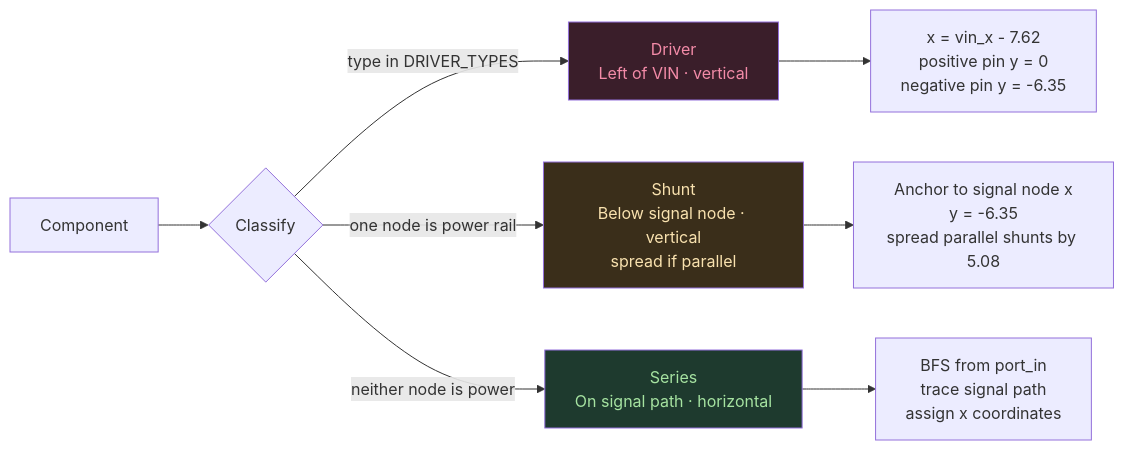
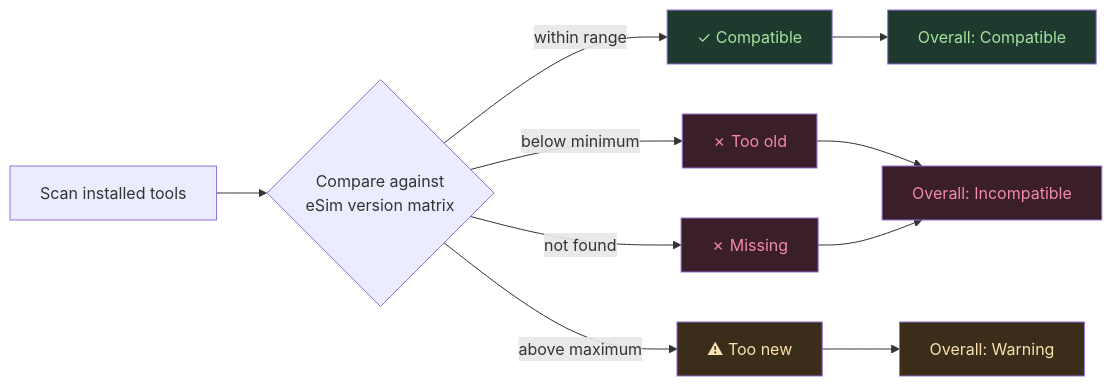
Before and after one commit to Princess0407/ICELang: the second of 2 diagrams in README.md, drawn with Mermaid. The commit also changed other lines of this file and 6 other files, not shown here.

````diff
--- a/README.md
+++ b/README.md
@@ -73,15 +249,19 @@
 ```mermaid
-flowchart LR
-    A[Component] --> B{Classify}
-    B -->|type in DRIVER_TYPES| C[Driver\nLeft of VIN · vertical]
-    B -->|one node is power rail| D[Shunt\nBelow signal node · vertical\nspread if parallel]
-    B -->|neither node is power| E[Series\nOn signal path · horizontal]
-
-    E --> F[BFS from port_in\ntrace signal path\nassign x coordinates]
-    D --> G[Anchor to signal node x\ny = -6.35\nspread parallel shunts by 5.08]
-    C --> H[x = vin_x - 7.62\npositive pin y = 0\nnegative pin y = -6.35]
-
-    style C fill:#3a1e2a,color:#f38ba8
-    style D fill:#3a2e1a,color:#f9e2af
-    style E fill:#1e3a2e,color:#a6e3a1
+graph LR
+    A[Scan installed tools] --> B{Compare against\neSim version matrix}
+    B -->|within range| C[✓ Compatible]
+    B -->|below minimum| D[✗ Too old]
+    B -->|above maximum| E[⚠ Too new]
+    B -->|not found| F[✗ Missing]
+    C --> G[Overall: Compatible]
+    D --> H[Overall: Incompatible]
+    E --> I[Overall: Warning]
+    F --> H
+    style C fill:#1e3a2e,color:#a6e3a1
+    style D fill:#3a1e2a,color:#f38ba8
+    style E fill:#3a2e1a,color:#f9e2af
+    style F fill:#3a1e2a,color:#f38ba8
+    style G fill:#1e3a2e,color:#a6e3a1
+    style H fill:#3a1e2a,color:#f38ba8
+    style I fill:#3a2e1a,color:#f9e2af
 ```
````
